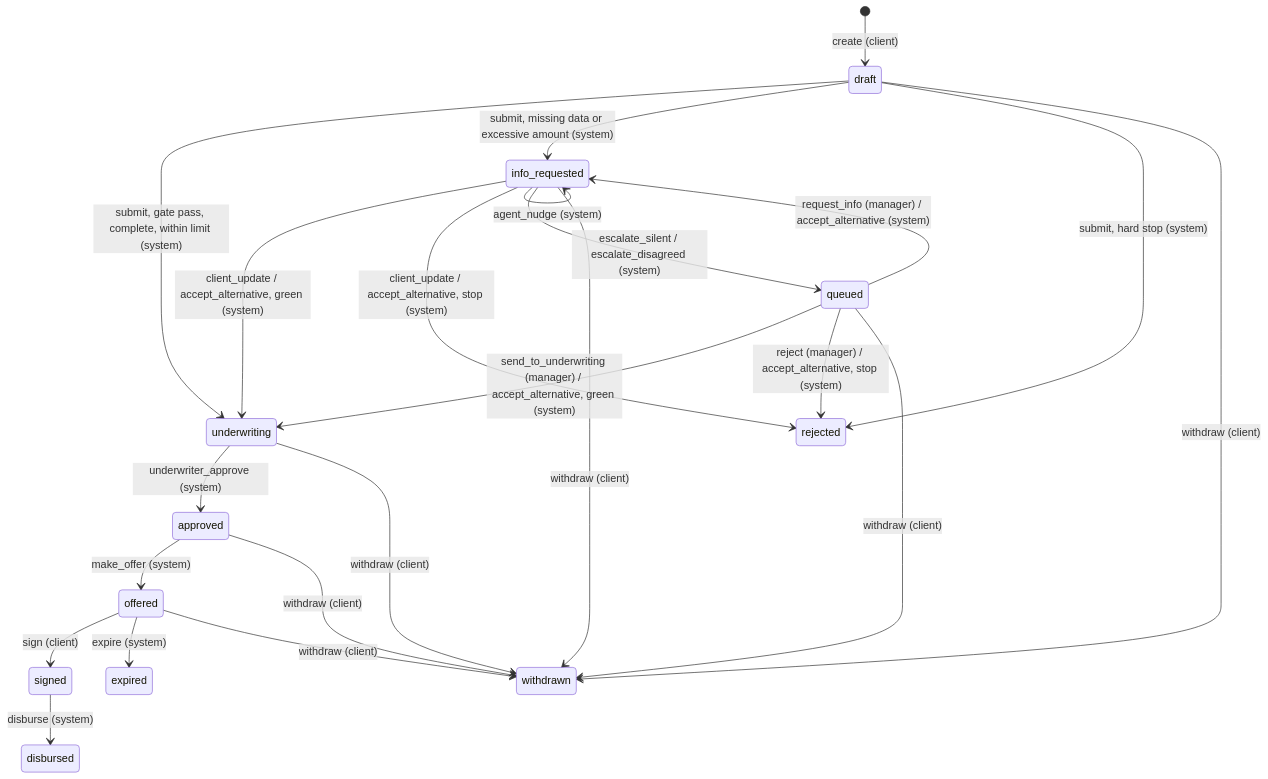
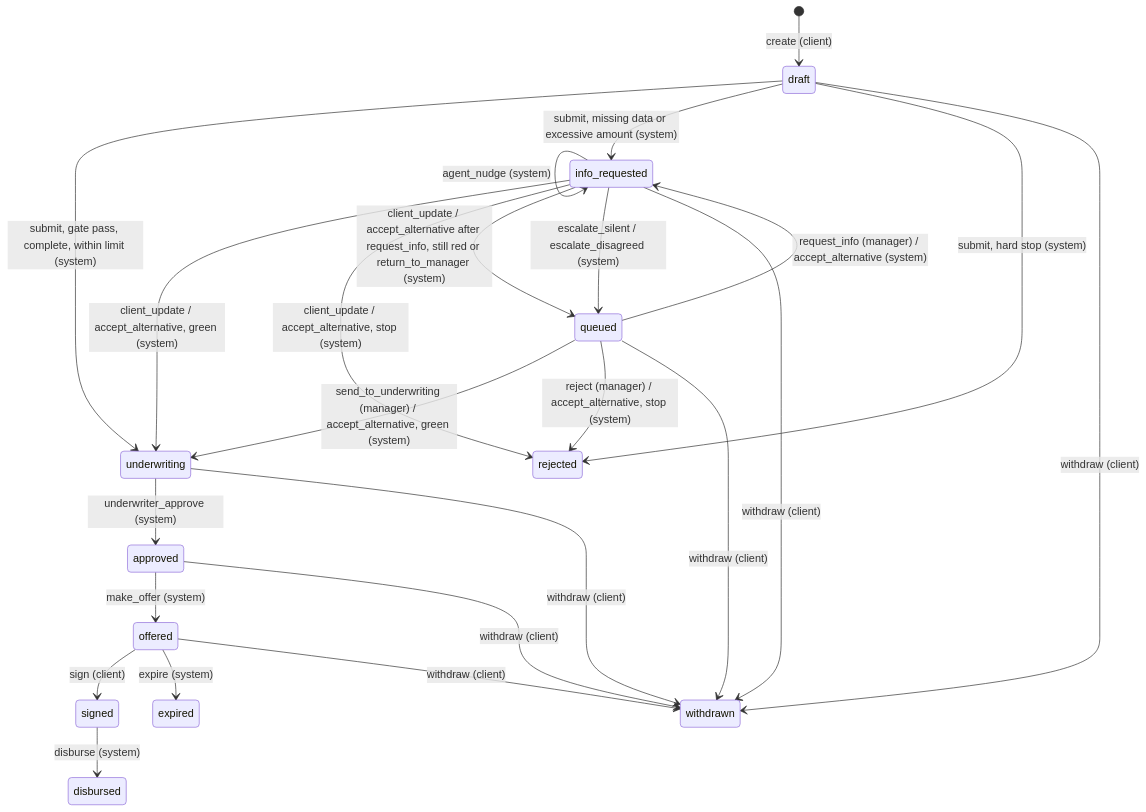
Before and after one commit to gitAlphaMerge/credit-cabinet: the fifth of 5 diagrams in docs/application-states.md, drawn with Mermaid. The commit also changed other lines of this file and 12 other files, not shown here.

````diff
--- a/docs/application-states.md
+++ b/docs/application-states.md
@@ -88,26 +88,27 @@
 ```mermaid
 stateDiagram-v2
     [*] --> draft: create (client)
     draft --> underwriting: submit, gate pass, complete, within limit (system)
     draft --> info_requested: submit, missing data or excessive amount (system)
     draft --> rejected: submit, hard stop (system)
     info_requested --> underwriting: client_update / accept_alternative, green (system)
     info_requested --> info_requested: client_update / accept_alternative, incomplete (system)
     info_requested --> rejected: client_update / accept_alternative, stop (system)
+    info_requested --> queued: client_update / accept_alternative after request_info, still red or return_to_manager (system)
     info_requested --> info_requested: agent_nudge (system)
     info_requested --> queued: escalate_silent / escalate_disagreed (system)
     queued --> info_requested: request_info (manager) / accept_alternative (system)
     queued --> underwriting: send_to_underwriting (manager) / accept_alternative, green (system)
     queued --> rejected: reject (manager) / accept_alternative, stop (system)
     underwriting --> approved: underwriter_approve (system)
     approved --> offered: make_offer (system)
     offered --> signed: sign (client)
     signed --> disbursed: disburse (system)
     offered --> expired: expire (system)
     draft --> withdrawn: withdraw (client)
     queued --> withdrawn: withdraw (client)
     info_requested --> withdrawn: withdraw (client)
     underwriting --> withdrawn: withdraw (client)
     approved --> withdrawn: withdraw (client)
     offered --> withdrawn: withdraw (client)
 ```
````
